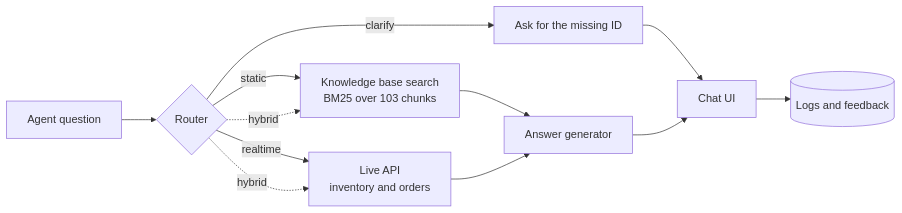
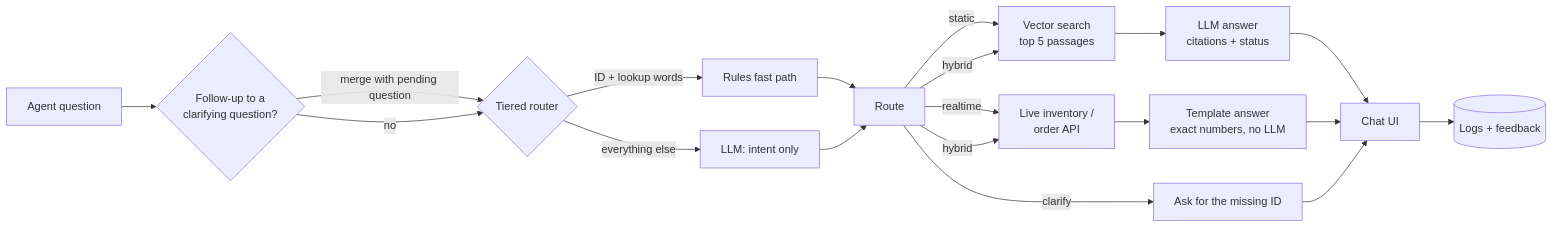
One commit to saigamidi/arag-dealer-assistant changed the diagram in README.md. Above: the diagram before and after it, drawn with Mermaid. The commit also changed other lines of this file and 1 other file, not shown here.

````diff
--- a/README.md
+++ b/README.md
@@ -24,14 +24,21 @@
 ```mermaid
 flowchart LR
-    Q[Agent question] --> R{Router}
-    R -->|static| KB[Knowledge base search<br/>BM25 over 103 chunks]
-    R -->|realtime| API[Live API<br/>inventory and orders]
-    R -.->|hybrid| KB
-    R -.->|hybrid| API
-    R -->|clarify| C[Ask for the missing ID]
-    KB --> G[Answer generator]
-    API --> G
+    Q[Agent question] --> F{Follow-up to a<br/>clarifying question?}
+    F -->|merge with pending question| R
+    F -->|no| R{Tiered router}
+    R -->|ID + lookup words| FP[Rules fast path]
+    R -->|everything else| LR[LLM: intent only]
+    FP --> D[Route]
+    LR --> D
+    D -->|static| KB[Vector search<br/>top 5 passages]
+    D -->|realtime| API[Live inventory /<br/>order API]
+    D -->|hybrid| KB
+    D -->|hybrid| API
+    D -->|clarify| C[Ask for the missing ID]
+    KB --> G[LLM answer<br/>citations + status]
+    API --> TPL[Template answer<br/>exact numbers, no LLM]
+    G --> UI[Chat UI]
+    TPL --> UI
     C --> UI
-    G --> UI[Chat UI]
-    UI --> L[(Logs and feedback)]
+    UI --> L[(Logs + feedback)]
 ```
````
